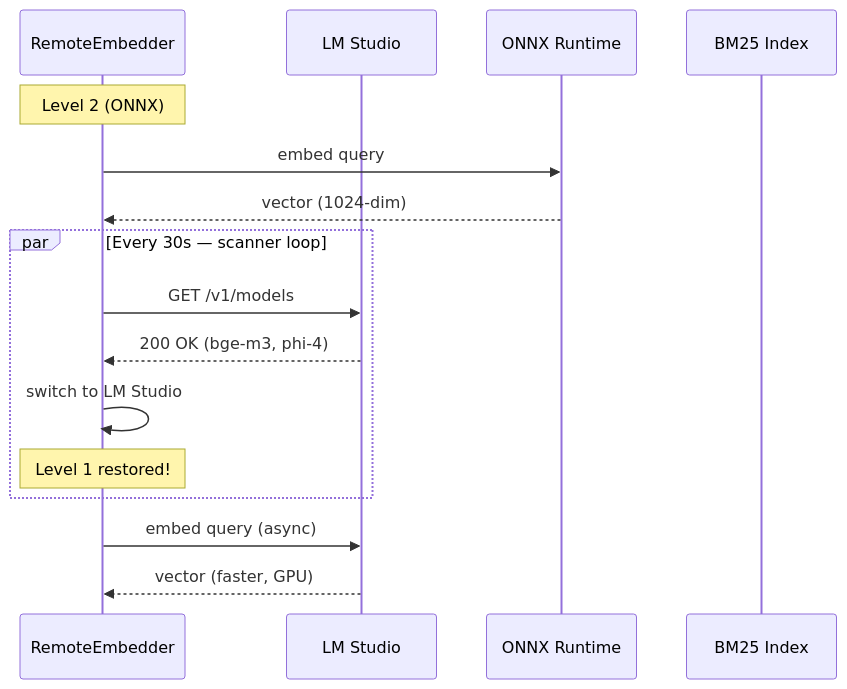
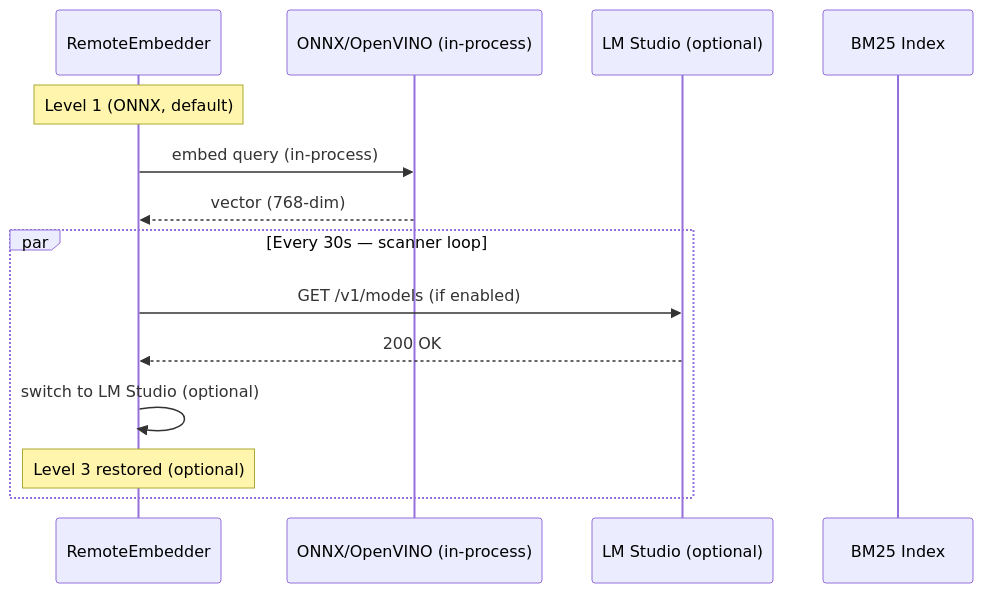
The fourth of 4 diagrams in docs/en/GRACEFUL_DEGRADATION.md (ManSio/mscodebase-intelligence), drawn with Mermaid before and after one commit. The commit also changed other lines of this file and 50 other files, not shown here.

````diff
--- a/docs/en/GRACEFUL_DEGRADATION.md
+++ b/docs/en/GRACEFUL_DEGRADATION.md
@@ -210,21 +224,18 @@
 ```mermaid
 sequenceDiagram
     participant EM as RemoteEmbedder
-    participant LM as LM Studio
-    participant ONNX as ONNX Runtime
+    participant ONNX as ONNX/OpenVINO (in-process)
+    participant LM as LM Studio (optional)
     participant BM25 as BM25 Index
-    
-    Note over EM: Level 2 (ONNX)
-    EM->>ONNX: embed query
-    ONNX-->>EM: vector (1024-dim)
-    
+
+    Note over EM: Level 1 (ONNX, default)
+    EM->>ONNX: embed query (in-process)
+    ONNX-->>EM: vector (768-dim)
+
     par Every 30s — scanner loop
-        EM->>LM: GET /v1/models
-        LM-->>EM: 200 OK (bge-m3, phi-4)
-        EM->>EM: switch to LM Studio
-        Note over EM: Level 1 restored!
+        EM->>LM: GET /v1/models (if enabled)
+        LM-->>EM: 200 OK
+        EM->>EM: switch to LM Studio (optional)
+        Note over EM: Level 3 restored (optional)
     end
-    
-    EM->>LM: embed query (async)
-    LM-->>EM: vector (faster, GPU)
 ```
````
